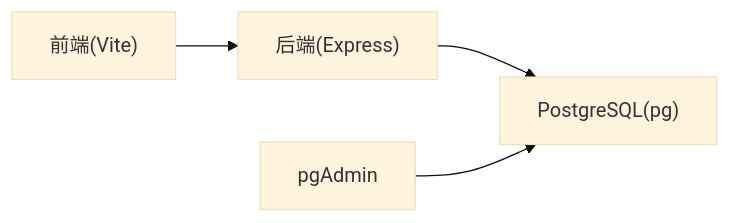
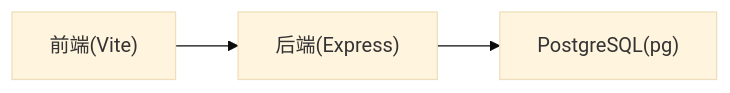
The seventh of 8 diagrams in .qoder/repowiki/zh/content/部署架构.md (ideeinfo/TwinSight), drawn with Mermaid (base theme) before and after one commit. The commit also changed other lines of this file and 4 other files, not shown here.

````diff
--- a/.qoder/repowiki/zh/content/部署架构.md
+++ b/.qoder/repowiki/zh/content/部署架构.md
@@ -257,6 +229,5 @@
 ```mermaid
 graph LR
 FE["前端(Vite)"] --> API["后端(Express)"]
 API --> PG["PostgreSQL(pg)"]
-PG_Admin["pgAdmin"] --> PG
 ```
````
